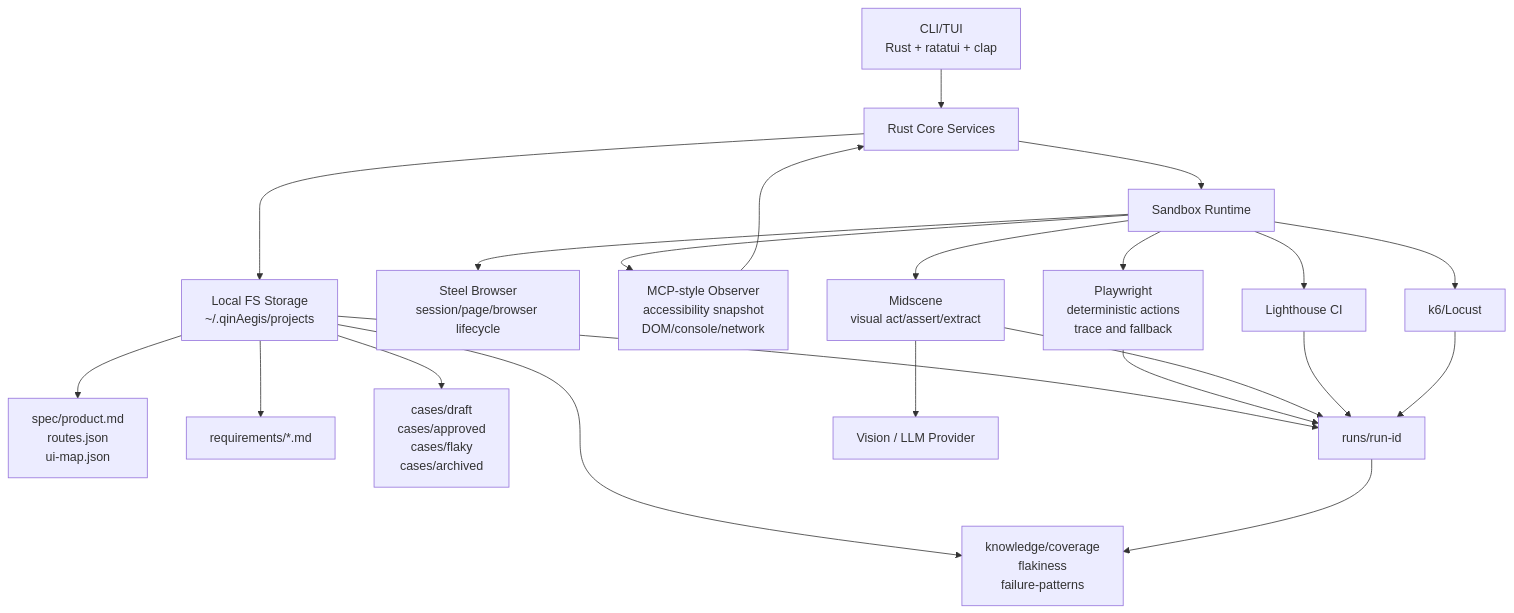
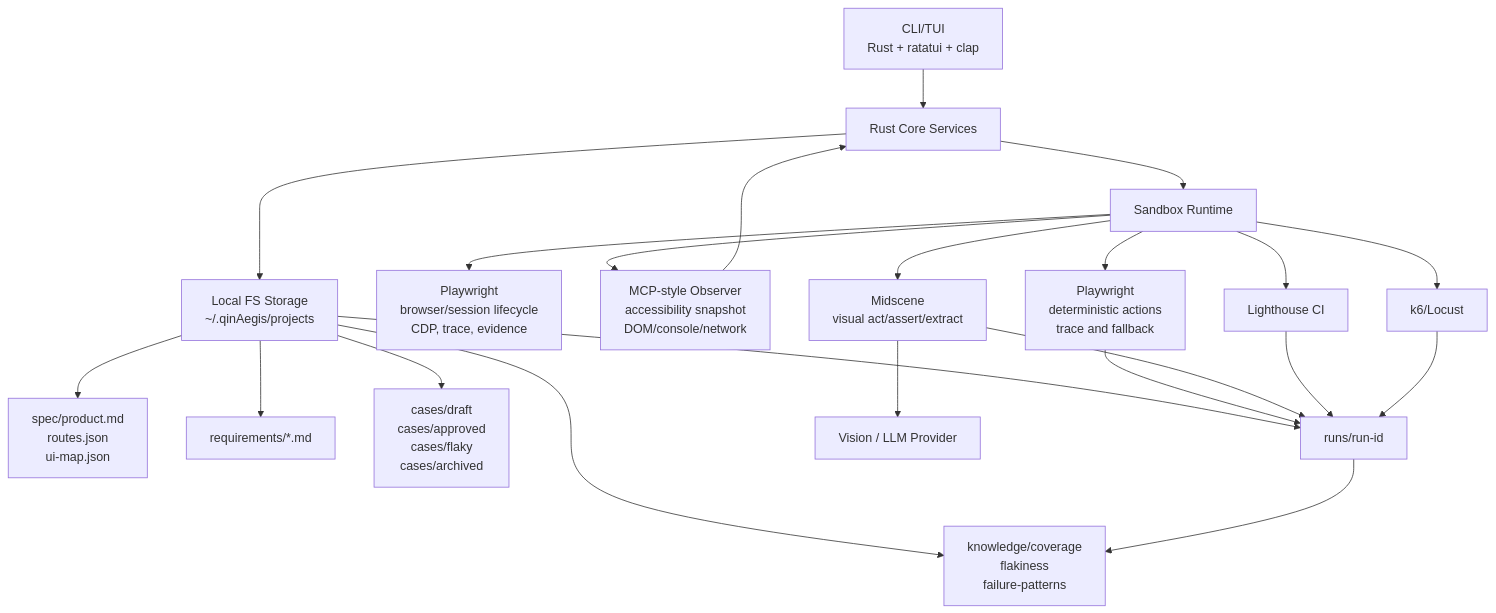
The diagram in qinAegis-platform-roadmap.md (mbpz/qinAegis), drawn with Mermaid before and after one commit. The commit also changed other lines of this file and 2 other files, not shown here.

First line of the commit message:
Align runtime docs with Playwright browser management

````diff
--- a/qinAegis-platform-roadmap.md
+++ b/qinAegis-platform-roadmap.md
@@ -130,27 +129,27 @@
 ```mermaid
 flowchart TB
     UI[CLI/TUI<br/>Rust + ratatui + clap] --> Core[Rust Core Services]
     Core --> Storage[Local FS Storage<br/>~/.qinAegis/projects]
     Core --> Runtime[Sandbox Runtime]
 
     Storage --> Spec[spec/product.md<br/>routes.json<br/>ui-map.json]
     Storage --> Requirements[requirements/*.md]
     Storage --> Cases[cases/draft<br/>cases/approved<br/>cases/flaky<br/>cases/archived]
     Storage --> Runs[runs/run-id]
     Storage --> Knowledge[knowledge/coverage<br/>flakiness<br/>failure-patterns]
 
-    Runtime --> Steel[Steel Browser<br/>session/page/browser lifecycle]
+    Runtime --> PlaywrightBrowser[Playwright<br/>browser/session lifecycle<br/>CDP, trace, evidence]
     Runtime --> Observer[MCP-style Observer<br/>accessibility snapshot<br/>DOM/console/network]
     Runtime --> Playwright[Playwright<br/>deterministic actions<br/>trace and fallback]
     Runtime --> Midscene[Midscene<br/>visual act/assert/extract]
     Runtime --> Perf[Lighthouse CI]
     Runtime --> Load[k6/Locust]
 
     Midscene --> LLM[Vision / LLM Provider]
     Observer --> Core
     Playwright --> Runs
     Midscene --> Runs
     Perf --> Runs
     Load --> Runs
     Runs --> Knowledge
 ```
````
